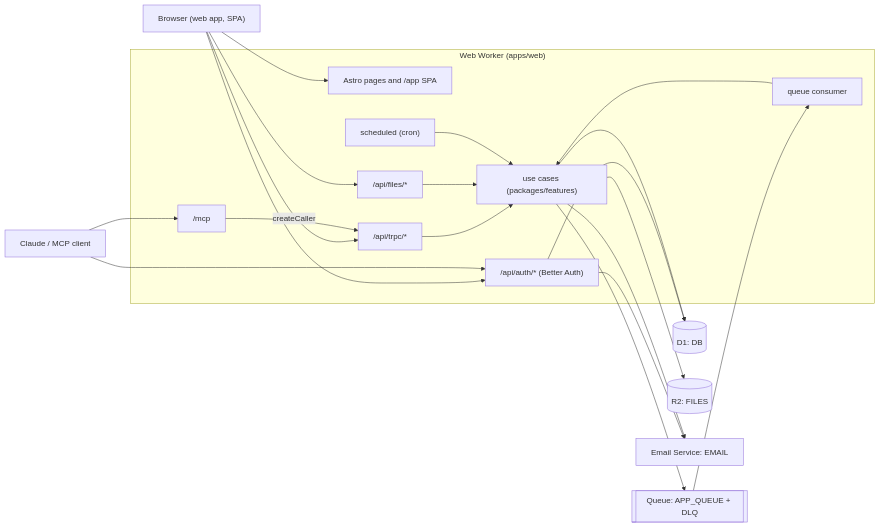
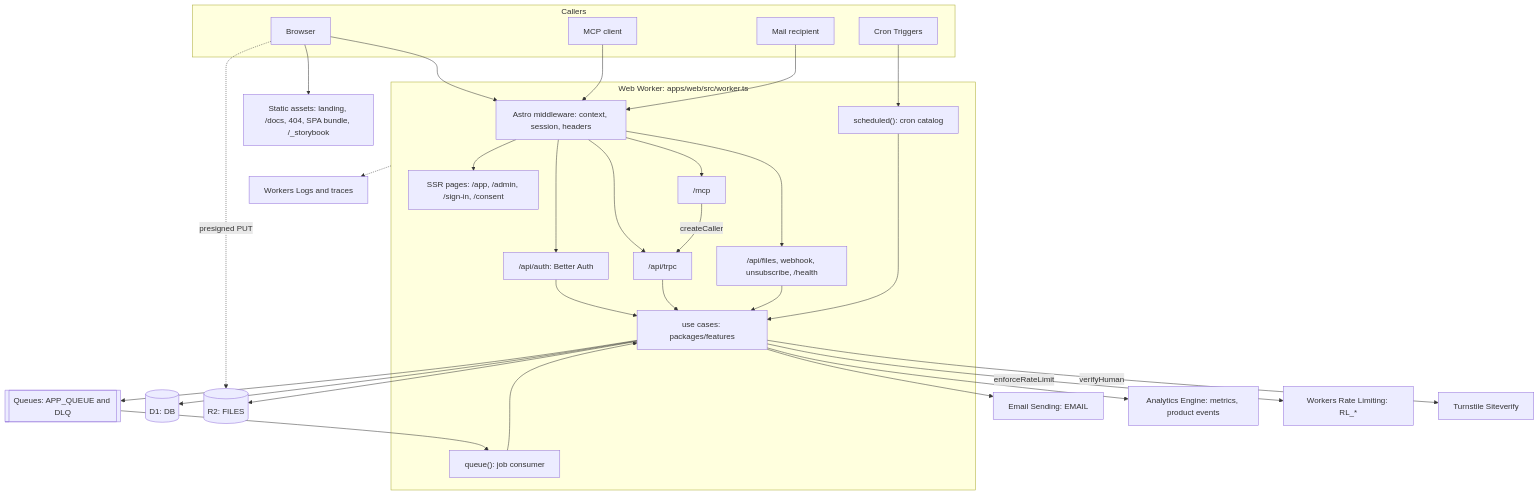
One commit to flooper68/cloudflare-starter changed the diagram in docs/architecture/overview.md. Above: the diagram before and after it, drawn with Mermaid. The commit also changed other lines of this file and 19 other files, not shown here.

First line of the commit message:
Draw the architecture: system, layers, lifecycles, data model, cross-cutting

````diff
--- a/docs/architecture/overview.md
+++ b/docs/architecture/overview.md
@@ -29,42 +7,62 @@
 ```mermaid
-flowchart LR
-  Browser["Browser (web app, SPA)"]
-  Claude["Claude / MCP client"]
+flowchart TB
+  accTitle: System overview
+  accDescr: Four kinds of callers reach the app. Browsers load the prerendered landing page, docs, 404, SPA bundle and Storybook as static assets, without running the Worker, and send everything else to the one web Worker; with presigned uploads on they also put files straight into R2. MCP clients such as Claude call /mcp with an OAuth token. Mail recipients follow links and one-click unsubscribe posts back to the Worker. Cron Triggers call its scheduled handler. Inside the Worker, the Astro middleware builds the request context, session and security headers for the server-rendered pages, /api/auth (Better Auth), /api/trpc, /mcp, which calls the tRPC procedures in process, and the other routes. The adapters, the queue consumer and the cron handler call the use cases in packages/features, which use D1, R2, Queues with a dead-letter queue, Email Sending and Analytics Engine; the abuse feature's enforceRateLimit and verifyHuman, called by the adapters and Better Auth's hook, reach Workers Rate Limiting and Turnstile. Everything logs to Workers Logs, with traces.
 
-  subgraph Worker["Web Worker (apps/web)"]
-    Pages["Astro pages and /app SPA"]
-    Auth["/api/auth/* (Better Auth)"]
-    TRPC["/api/trpc/*"]
-    Files["/api/files/*"]
+  subgraph Callers["Callers"]
+    Browser["Browser"]
+    Agent["MCP client"]
+    Recipient["Mail recipient"]
+    Cron["Cron Triggers"]
+  end
+
+  Assets["Static assets: landing, /docs, 404, SPA bundle, /_storybook"]
+
+  subgraph Worker["Web Worker: apps/web/src/worker.ts"]
+    Middleware["Astro middleware: context, session, headers"]
+    Pages["SSR pages: /app, /admin, /sign-in, /consent"]
+    Auth["/api/auth: Better Auth"]
+    TRPC["/api/trpc"]
     MCP["/mcp"]
-    Queue["queue consumer"]
-    Cron["scheduled (cron)"]
-    UseCases["use cases (packages/features)"]
+    Routes["/api/files, webhook, unsubscribe, /health"]
+    Consumer["queue(): job consumer"]
+    Scheduled["scheduled(): cron catalog"]
+    UseCases["use cases: packages/features"]
   end
 
   D1[("D1: DB")]
   R2[("R2: FILES")]
-  Q[["Queue: APP_QUEUE + DLQ"]]
-  Email["Email Service: EMAIL"]
+  Queue[["Queues: APP_QUEUE and DLQ"]]
+  Email["Email Sending: EMAIL"]
+  AE["Analytics Engine: metrics, product events"]
+  RL["Workers Rate Limiting: RL_*"]
+  Turnstile["Turnstile Siteverify"]
+  Logs["Workers Logs and traces"]
 
-  Browser --> Pages
-  Browser --> Auth
-  Browser --> TRPC
-  Browser --> Files
-  Claude --> Auth
-  Claude --> MCP
-
+  Browser --> Assets
+  Browser --> Middleware
+  Browser -.->|presigned PUT| R2
+  Agent --> Middleware
+  Recipient --> Middleware
+  Cron --> Scheduled
+  Middleware --> Pages
+  Middleware --> Auth
+  Middleware --> TRPC
+  Middleware --> MCP
+  Middleware --> Routes
+  MCP -->|createCaller| TRPC
+  Auth --> UseCases
   TRPC --> UseCases
-  MCP -->|createCaller| TRPC
-  Files --> UseCases
-  Queue --> UseCases
-  Cron --> UseCases
-  Auth --> D1
-  Auth --> Email
-
+  Routes --> UseCases
+  Consumer --> UseCases
+  Scheduled --> UseCases
   UseCases --> D1
   UseCases --> R2
-  UseCases --> Q
+  UseCases --> Queue
+  Queue --> Consumer
   UseCases --> Email
-  Q --> Queue
+  UseCases --> AE
+  UseCases -->|enforceRateLimit| RL
+  UseCases -->|verifyHuman| Turnstile
+  Worker -.-> Logs
 ```
````
